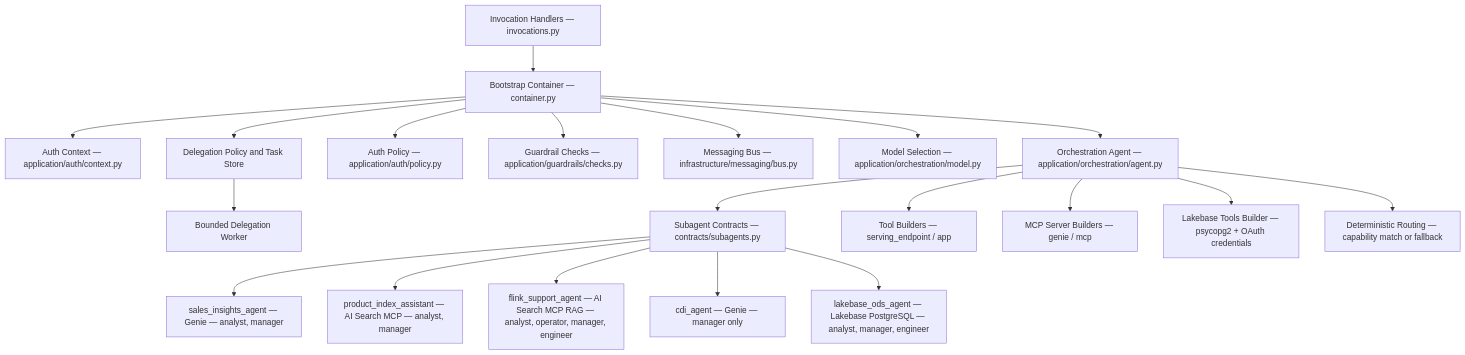
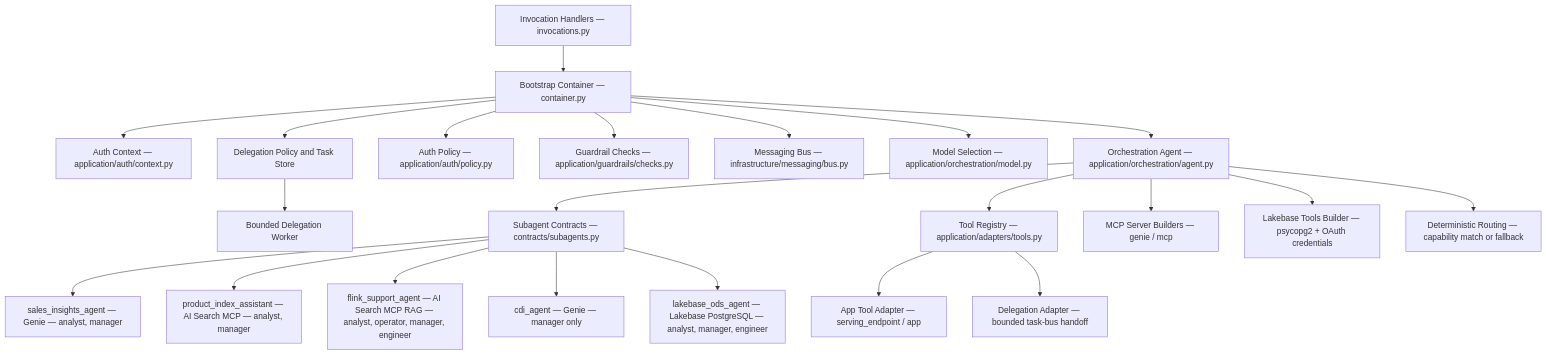
One commit to wchen-dea/Governed-Multi-Agent-Intelligence-on-Databricks changed the first of 7 diagrams in docs/architecture/design-artifacts/04-logical-detailed.md. Above: the diagram before and after it, drawn with Mermaid. The commit also changed other lines of this file and 12 other files, not shown here.

````diff
--- a/docs/architecture/design-artifacts/04-logical-detailed.md
+++ b/docs/architecture/design-artifacts/04-logical-detailed.md
@@ -7,24 +7,26 @@
 ```mermaid
 flowchart TB
     H[Invocation Handlers — invocations.py] --> D[Bootstrap Container — container.py]
     D --> RA[Auth Context — application/auth/context.py]
     D --> OR[Orchestration Agent — application/orchestration/agent.py]
     D --> PO[Auth Policy — application/auth/policy.py]
     D --> GR[Guardrail Checks — application/guardrails/checks.py]
     D --> MB[Messaging Bus — infrastructure/messaging/bus.py]
     D --> MR[Model Selection — application/orchestration/model.py]
     D --> DT[Delegation Policy and Task Store]
     DT --> DW[Bounded Delegation Worker]
 
     OR --> SC[Subagent Contracts — contracts/subagents.py]
-    OR --> TL[Tool Builders — serving_endpoint / app]
+    OR --> TR[Tool Registry — application/adapters/tools.py]
+    TR --> TL[App Tool Adapter — serving_endpoint / app]
+    TR --> DA[Delegation Adapter — bounded task-bus handoff]
     OR --> MCP[MCP Server Builders — genie / mcp]
     OR --> LB[Lakebase Tools Builder — psycopg2 + OAuth credentials]
     OR --> RP[Deterministic Routing — capability match or fallback]
 
     SC --> S1[sales_insights_agent — Genie — analyst, manager]
     SC --> S2[product_index_assistant — AI Search MCP — analyst, manager]
     SC --> S3[flink_support_agent — AI Search MCP RAG — analyst, operator, manager, engineer]
     SC --> S4[cdi_agent — Genie — manager only]
     SC --> S5[lakebase_ods_agent — Lakebase PostgreSQL — analyst, manager, engineer]
 ```
````
